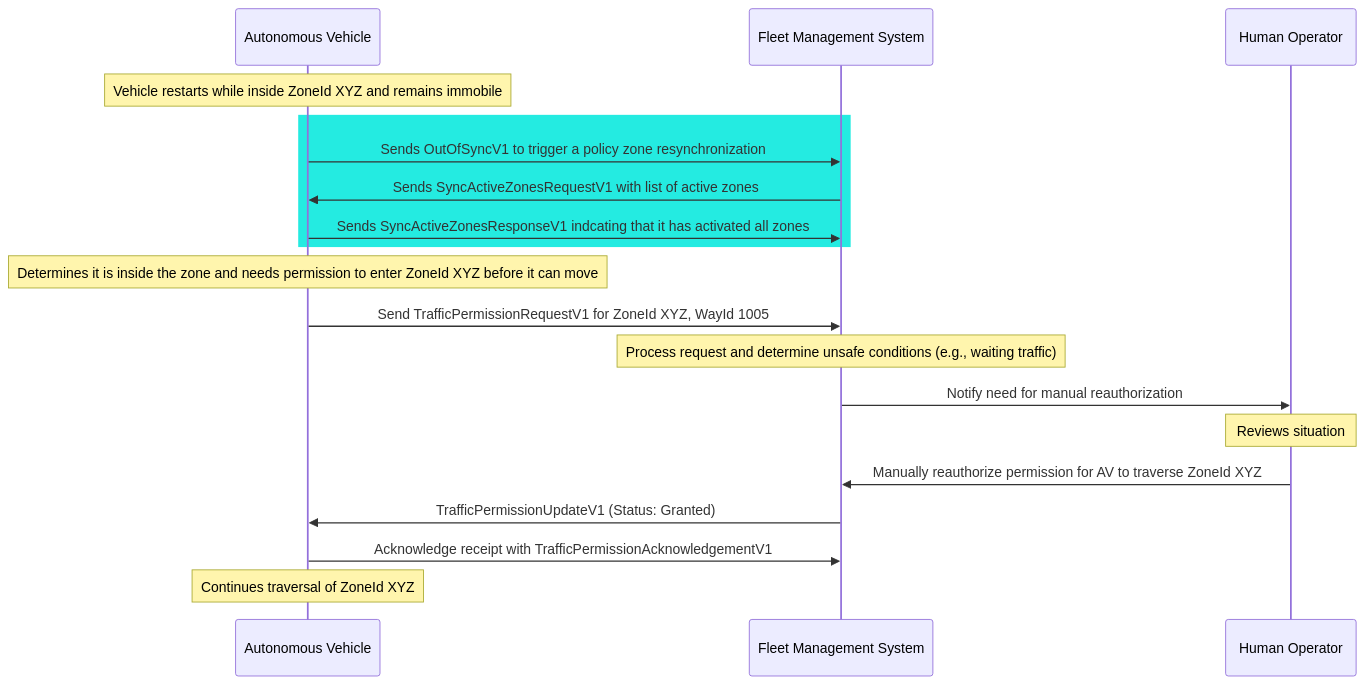
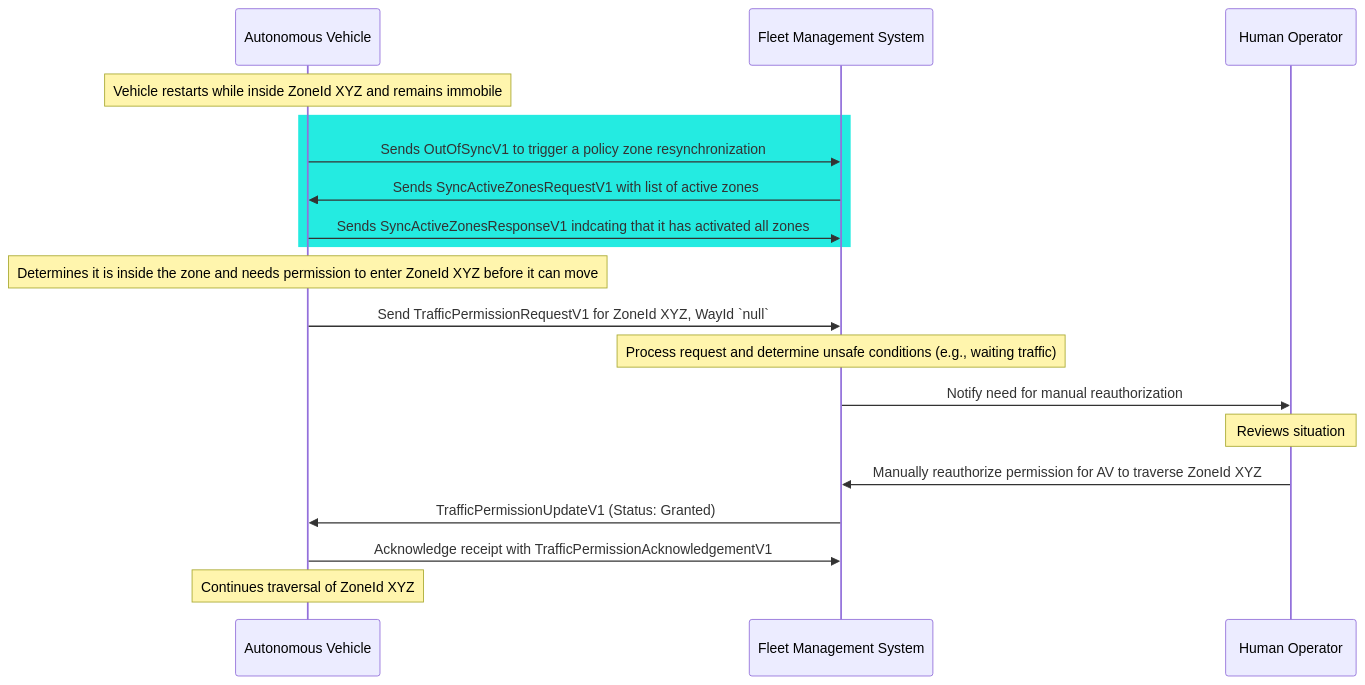
One commit to open-autonomy/traffic-management changed the sixth of 6 diagrams in diagram/RequestingPermission.md. Above: the diagram before and after it, drawn with Mermaid. The commit also changed 1 other file, not shown here.

Commit message:
Null on inside the area

````diff
--- a/diagram/RequestingPermission.md
+++ b/diagram/RequestingPermission.md
@@ -117,21 +117,21 @@
 ```mermaid
 sequenceDiagram
 	participant AV as Autonomous Vehicle
 	participant FMS as Fleet Management System
 	participant Human as Human Operator
 	Note over AV: Vehicle restarts while inside ZoneId XYZ and remains immobile
 	rect rgba(36, 235, 225, 1)
 		AV->>FMS: Sends OutOfSyncV1 to trigger a policy zone resynchronization
 		FMS->>AV: Sends SyncActiveZonesRequestV1 with list of active zones
 		AV->>FMS: Sends SyncActiveZonesResponseV1 indcating that it has activated all zones
 	end
 	Note over AV: Determines it is inside the zone and needs permission to enter ZoneId XYZ before it can move
-	AV->>FMS: Send TrafficPermissionRequestV1 for ZoneId XYZ, WayId 1005
+	AV->>FMS: Send TrafficPermissionRequestV1 for ZoneId XYZ, WayId `null`
 	Note over FMS: Process request and determine unsafe conditions (e.g., waiting traffic)
 	FMS->>Human: Notify need for manual reauthorization
 	Note over Human: Reviews situation
 	Human->>FMS: Manually reauthorize permission for AV to traverse ZoneId XYZ
 	FMS->>AV: TrafficPermissionUpdateV1 (Status: Granted)
 	AV->>FMS: Acknowledge receipt with TrafficPermissionAcknowledgementV1
 	Note over AV: Continues traversal of ZoneId XYZ
 ```
````
